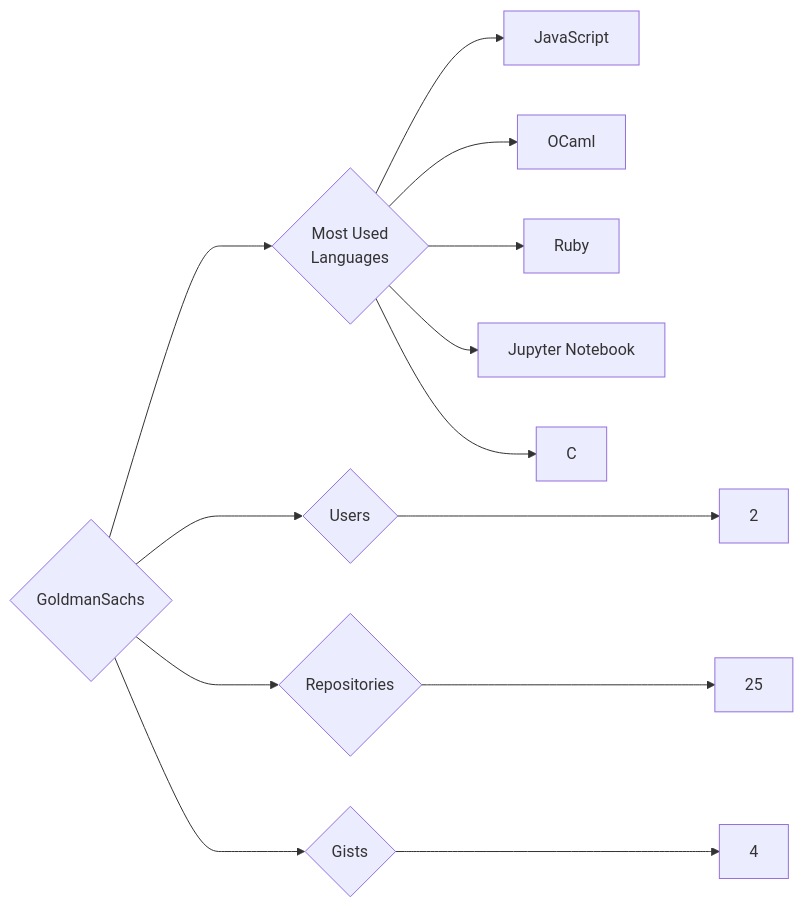
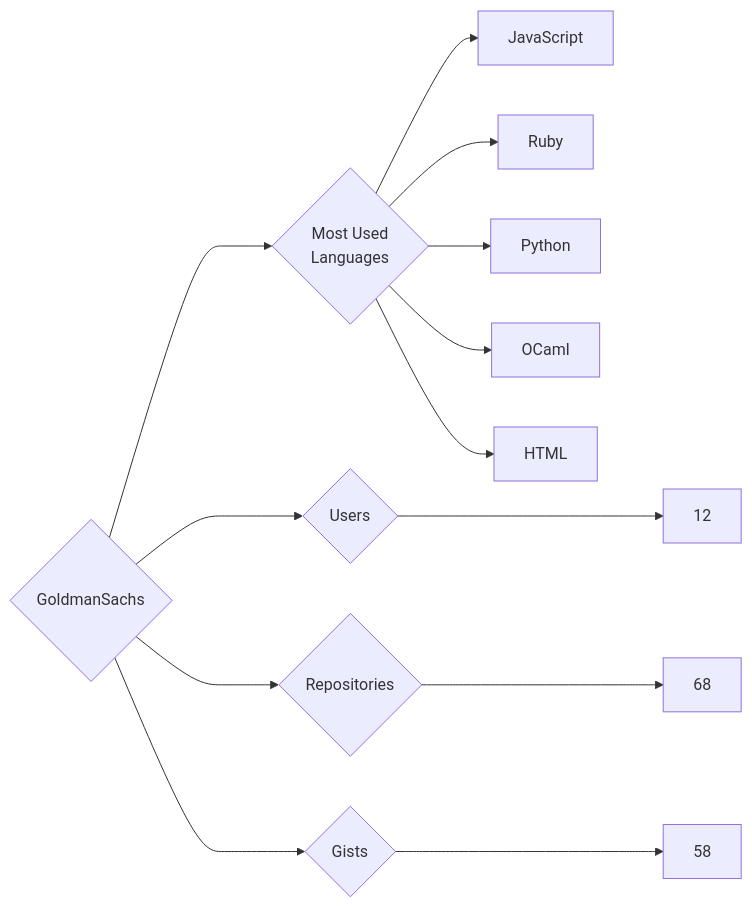
Before and after one commit to trickest/insiders: the diagram in targets/GoldmanSachs/README.md, drawn with Mermaid. The commit also changed 636 other files, not shown here.

````diff
--- a/targets/GoldmanSachs/README.md
+++ b/targets/GoldmanSachs/README.md
@@ -3,13 +3,13 @@
 ```mermaid
 graph LR
 COMPANY_NAME{GoldmanSachs}
-COMPANY_NAME ---> U{Users} ---> UN[2]
-COMPANY_NAME ---> R{Repositories} ---> RN[25]
-COMPANY_NAME ---> G{Gists} ---> GN[4]
+COMPANY_NAME ---> U{Users} ---> UN[12]
+COMPANY_NAME ---> R{Repositories} ---> RN[68]
+COMPANY_NAME ---> G{Gists} ---> GN[58]
 COMPANY_NAME ---> ML{Most Used<br>Languages}
 ML --> JavaScript[JavaScript]
+ML --> Ruby[Ruby]
+ML --> Python[Python]
 ML --> OCaml[OCaml]
-ML --> Ruby[Ruby]
-ML --> Jupyter_Notebook[Jupyter Notebook]
-ML --> C[C]
+ML --> HTML[HTML]
 ```
````
